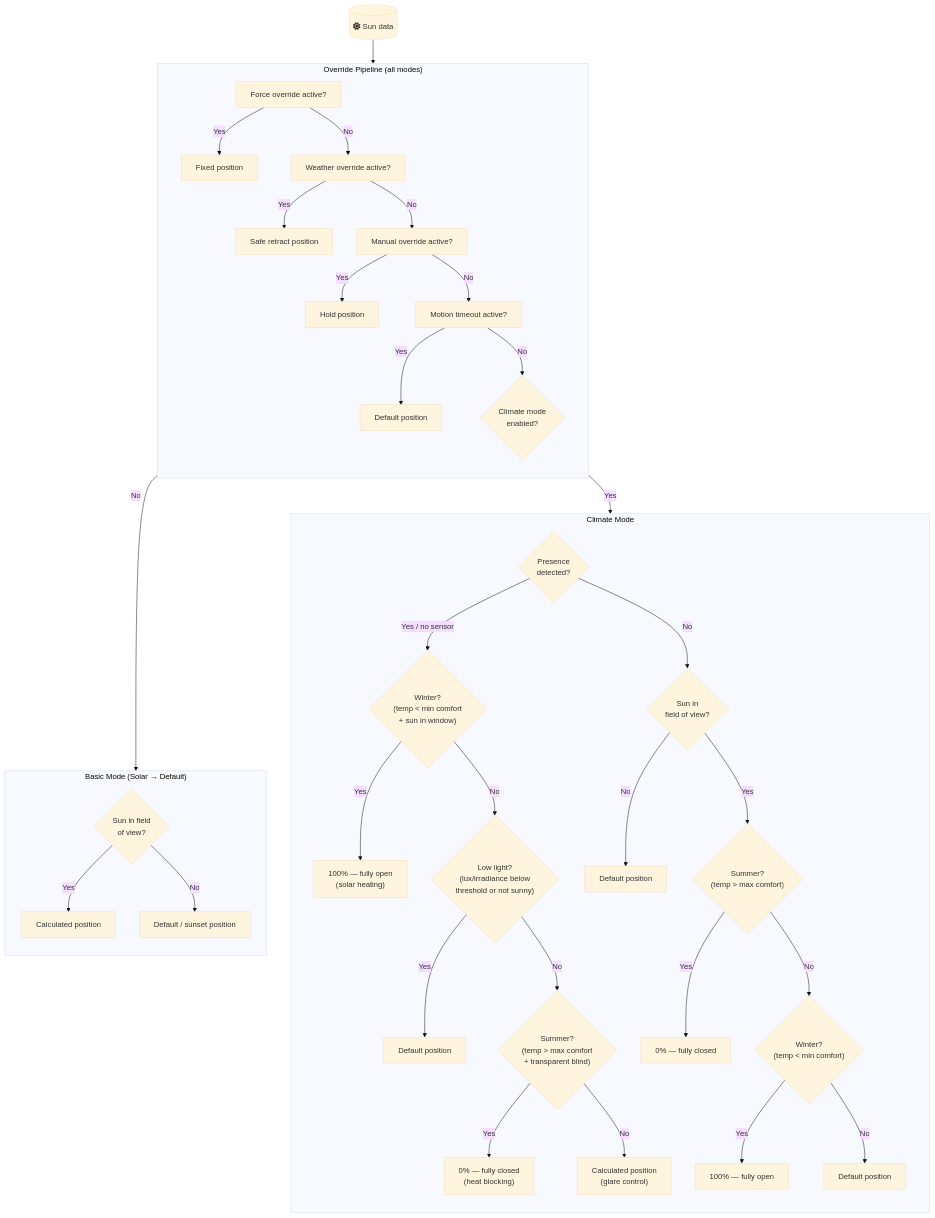
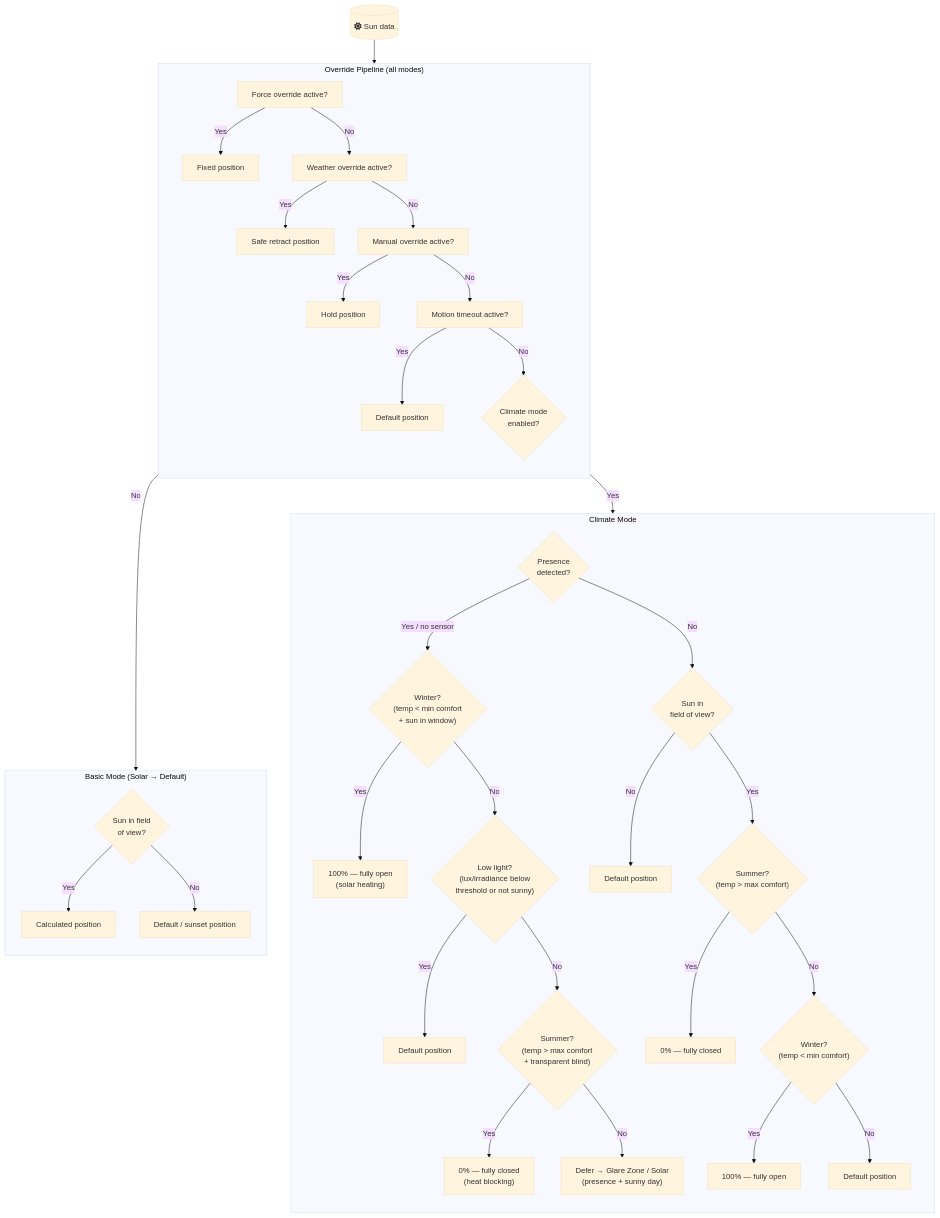
One commit to jrhubott/adaptive-cover-pro changed the diagram in README.md. Above: the diagram before and after it, drawn with Mermaid (base theme). The commit also changed other lines of this file and 10 other files, not shown here.

First line of the commit message:
fix: raise glare zone priority above climate handler (#231) (#232)

````diff
--- a/README.md
+++ b/README.md
@@ -251,47 +253,47 @@
 ```mermaid
 graph TD
   A[("fa:fa-sun Sun data")] --> PIPE
 
   subgraph PIPE ["Override Pipeline (all modes)"]
     direction TB
     P1["Force override active?"] -->|Yes| R_FORCE["Fixed position"]
     P1 -->|No| P2["Weather override active?"]
     P2 -->|Yes| R_WEATHER["Safe retract position"]
     P2 -->|No| P3["Manual override active?"]
     P3 -->|Yes| R_MANUAL["Hold position"]
     P3 -->|No| P4["Motion timeout active?"]
     P4 -->|Yes| R_MOTION["Default position"]
     P4 -->|No| MODE{"Climate mode\nenabled?"}
   end
 
   MODE -->|No| BASIC
   MODE -->|Yes| CLIMATE
 
   subgraph BASIC ["Basic Mode (Solar → Default)"]
     direction TB
     B1{"Sun in field\nof view?"}
     B1 -->|Yes| B2["Calculated position"]
     B1 -->|No| B3["Default / sunset position"]
   end
 
   subgraph CLIMATE ["Climate Mode"]
     direction TB
     CA{"Presence\ndetected?"}
 
     CA -->|Yes / no sensor| CP1{"Winter?\n(temp < min comfort\n+ sun in window)"}
     CP1 -->|Yes| CP_W["100% — fully open\n(solar heating)"]
     CP1 -->|No| CP2{"Low light?\n(lux/irradiance below\nthreshold or not sunny)"}
     CP2 -->|Yes| CP_L["Default position"]
     CP2 -->|No| CP3{"Summer?\n(temp > max comfort\n+ transparent blind)"}
     CP3 -->|Yes| CP_S["0% — fully closed\n(heat blocking)"]
-    CP3 -->|No| CP_G["Calculated position\n(glare control)"]
+    CP3 -->|No| CP_G["Defer → Glare Zone / Solar\n(presence + sunny day)"]
 
     CA -->|No| CN1{"Sun in\nfield of view?"}
     CN1 -->|No| CN_D["Default position"]
     CN1 -->|Yes| CN2{"Summer?\n(temp > max comfort)"}
     CN2 -->|Yes| CN_S["0% — fully closed"]
     CN2 -->|No| CN3{"Winter?\n(temp < min comfort)"}
     CN3 -->|Yes| CN_W["100% — fully open"]
     CN3 -->|No| CN_D2["Default position"]
   end
 ```
````
